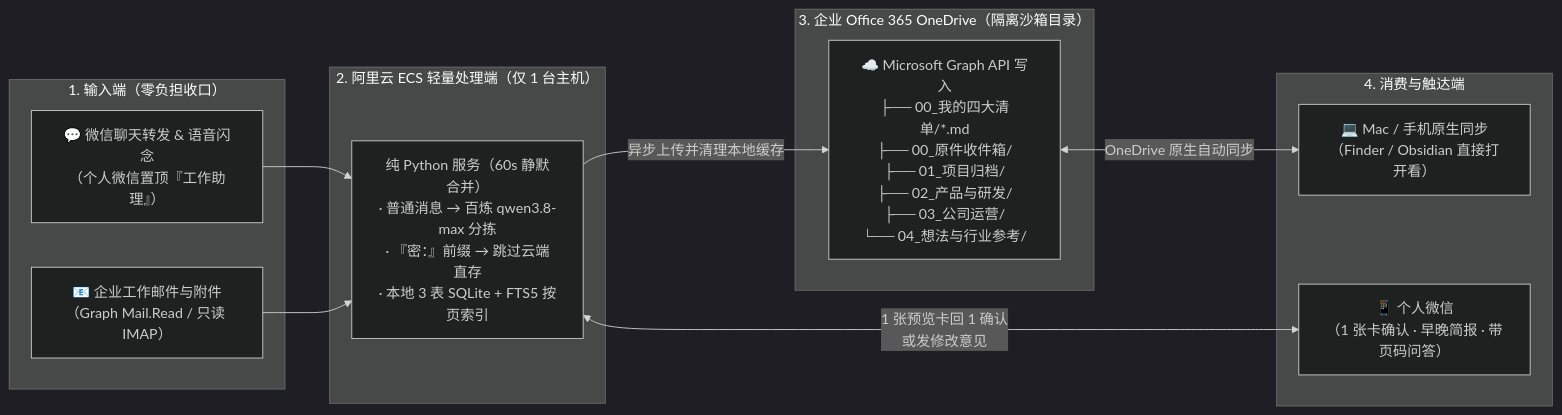
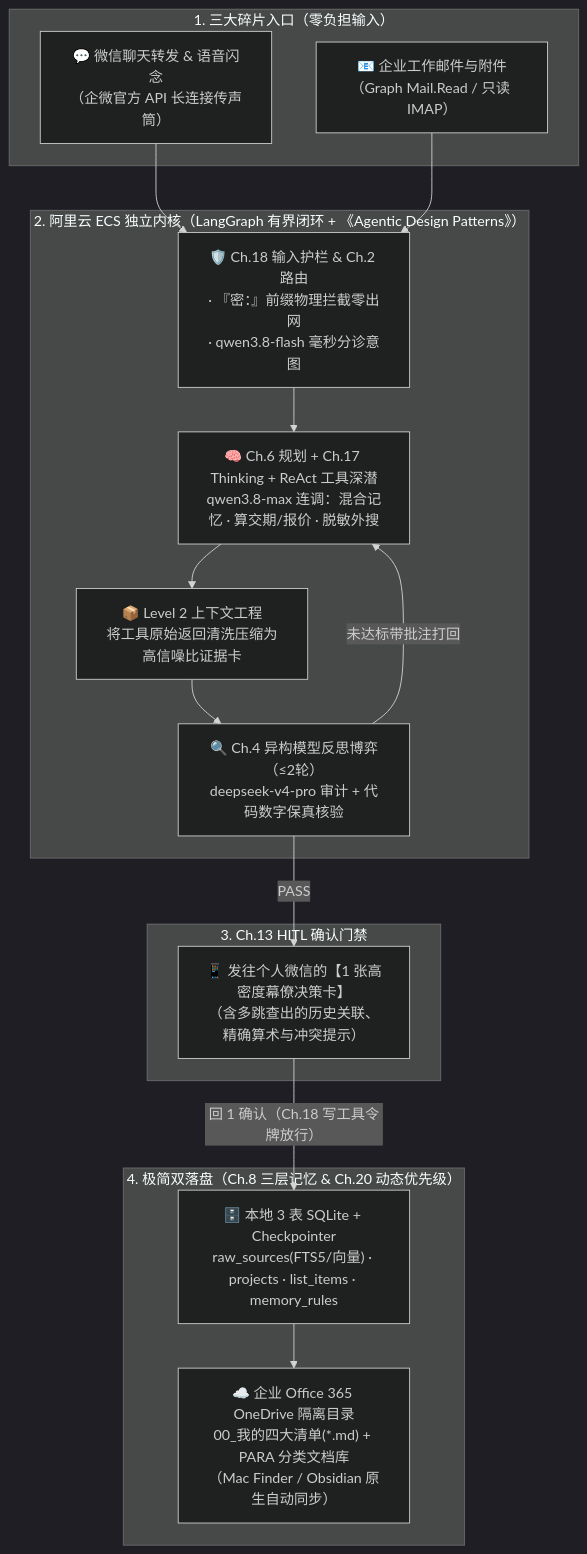
One commit to JohnWissentek/agentic_learning changed the diagram in wechat_AI_assistant/README.md. Above: the diagram before and after it, drawn with Mermaid (dark theme). The commit also changed other lines of this file and 4 other files, not shown here.

````diff
--- a/wechat_AI_assistant/README.md
+++ b/wechat_AI_assistant/README.md
@@ -27,25 +26,30 @@
 ```mermaid
-flowchart LR
-    subgraph IN["1. 输入端（零负担收口）"]
-        WX["💬 微信聊天转发 & 语音闪念<br/>（个人微信置顶『工作助理』）"]
+flowchart TB
+    subgraph IN["1. 三大碎片入口（零负担输入）"]
+        WX["💬 微信聊天转发 & 语音闪念<br/>（企微官方 API 长连接传声筒）"]
         MAIL["📧 企业工作邮件与附件<br/>（Graph Mail.Read / 只读 IMAP）"]
     end
 
-    subgraph ECS["2. 阿里云 ECS 轻量处理端（仅 1 台主机）"]
-        APP["纯 Python 服务（60s 静默合并）<br/>· 普通消息 → 百炼 qwen3.8-max 分拣<br/>· 『密：』前缀 → 跳过云端直存<br/>· 本地 3 表 SQLite + FTS5 按页索引"]
+    subgraph BRAIN["2. 阿里云 ECS 独立内核（LangGraph 有界闭环 + 《Agentic Design Patterns》）"]
+        G1["🛡️ Ch.18 输入护栏 & Ch.2 路由<br/>· 『密：』前缀物理拦截零出网<br/>· qwen3.8-flash 毫秒分诊意图"]
+        REACT["🧠 Ch.6 规划 + Ch.17 Thinking + ReAct 工具深潜<br/>qwen3.8-max 连调：混合记忆 · 算交期/报价 · 脱敏外搜"]
+        CE["📦 Level 2 上下文工程<br/>将工具原始返回清洗压缩为高信噪比证据卡"]
+        CRITIC["🔍 Ch.4 异构模型反思博弈（≤2轮）<br/>deepseek-v4-pro 审计 + 代码数字保真核验"]
+        G1 --> REACT --> CE --> CRITIC
+        CRITIC -->|"未达标带批注打回"| REACT
     end
 
-    subgraph OD["3. 企业 Office 365 OneDrive（隔离沙箱目录）"]
-        FILES["☁️ Microsoft Graph API 写入<br/>├── 00_我的四大清单/*.md<br/>├── 00_原件收件箱/<br/>├── 01_项目归档/<br/>├── 02_产品与研发/<br/>├── 03_公司运营/<br/>└── 04_想法与行业参考/"]
+    subgraph HITL["3. Ch.13 HITL 确认门禁"]
+        CARD["📱 发往个人微信的【1 张高密度幕僚决策卡】<br/>（含多跳查出的历史关联、精确算术与冲突提示）"]
     end
 
-    subgraph OUT["4. 消费与触达端"]
-        MAC["💻 Mac / 手机原生同步<br/>（Finder / Obsidian 直接打开看）"]
-        WX_OUT["📱 个人微信<br/>（1 张卡确认 · 早晚简报 · 带页码问答）"]
+    subgraph OUT["4. 极简双落盘（Ch.8 三层记忆 & Ch.20 动态优先级）"]
+        SQL["🗄️ 本地 3 表 SQLite + Checkpointer<br/>raw_sources(FTS5/向量) · projects · list_items · memory_rules"]
+        OD["☁️ 企业 Office 365 OneDrive 隔离目录<br/>00_我的四大清单(*.md) + PARA 分类文档库<br/>（Mac Finder / Obsidian 原生自动同步）"]
+        SQL --> OD
     end
 
-    WX & MAIL --> APP
-    APP <-->|"1 张预览卡回 1 确认<br/>或发修改意见"| WX_OUT
-    APP -->|"异步上传并清理本地缓存"| FILES
-    FILES <-->|"OneDrive 原生自动同步"| MAC
+    WX & MAIL --> G1
+    CRITIC -->|"PASS"| CARD
+    CARD -->|"回 1 确认（Ch.18 写工具令牌放行）"| SQL
 ```
````
